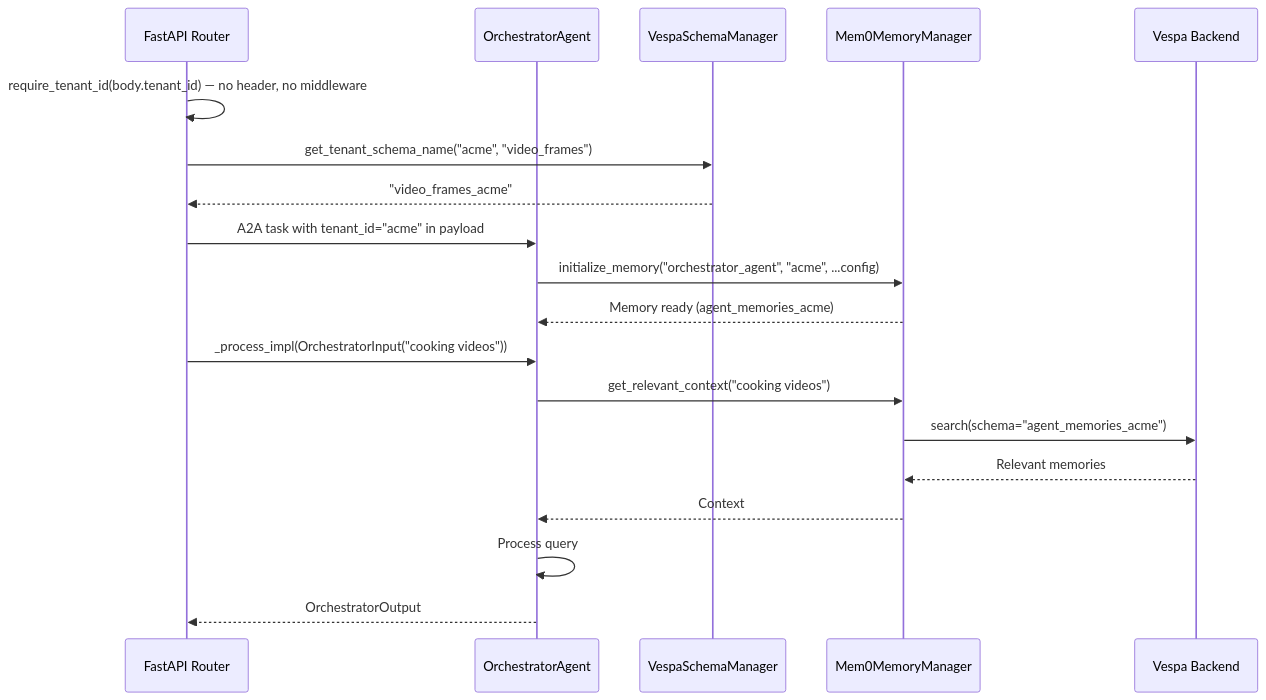
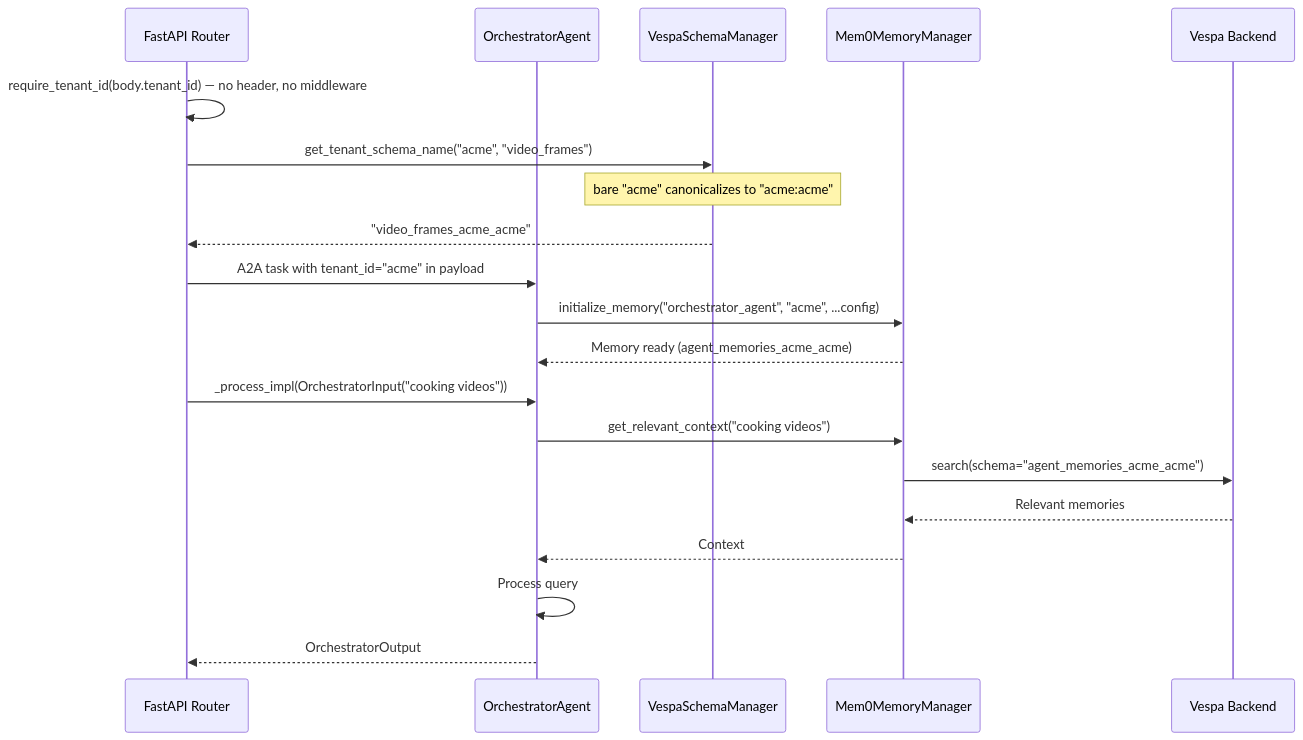
Before and after one commit to amit-jain/cogniverse: diagram 13 of 18 in docs/modules/agents.md, drawn with Mermaid. The commit also changed 8 other files, not shown here.

````diff
--- a/docs/modules/agents.md
+++ b/docs/modules/agents.md
@@ -2982,24 +2982,25 @@
 ```mermaid
 sequenceDiagram
     participant API as FastAPI Router
     participant Agent as OrchestratorAgent
     participant SchemaManager as VespaSchemaManager
     participant Memory as Mem0MemoryManager
     participant Vespa as Vespa Backend
 
     API->>API: require_tenant_id(body.tenant_id) — no header, no middleware
     API->>SchemaManager: get_tenant_schema_name("acme", "video_frames")
-    SchemaManager-->>API: "video_frames_acme"
+    Note over SchemaManager: bare "acme" canonicalizes to "acme:acme"
+    SchemaManager-->>API: "video_frames_acme_acme"
 
     API->>Agent: A2A task with tenant_id="acme" in payload
     Agent->>Memory: initialize_memory("orchestrator_agent", "acme", ...config)
-    Memory-->>Agent: Memory ready (agent_memories_acme)
+    Memory-->>Agent: Memory ready (agent_memories_acme_acme)
 
     API->>Agent: _process_impl(OrchestratorInput("cooking videos"))
     Agent->>Memory: get_relevant_context("cooking videos")
-    Memory->>Vespa: search(schema="agent_memories_acme")
+    Memory->>Vespa: search(schema="agent_memories_acme_acme")
     Vespa-->>Memory: Relevant memories
     Memory-->>Agent: Context
     Agent->>Agent: Process query
     Agent-->>API: OrchestratorOutput
 ```
````
